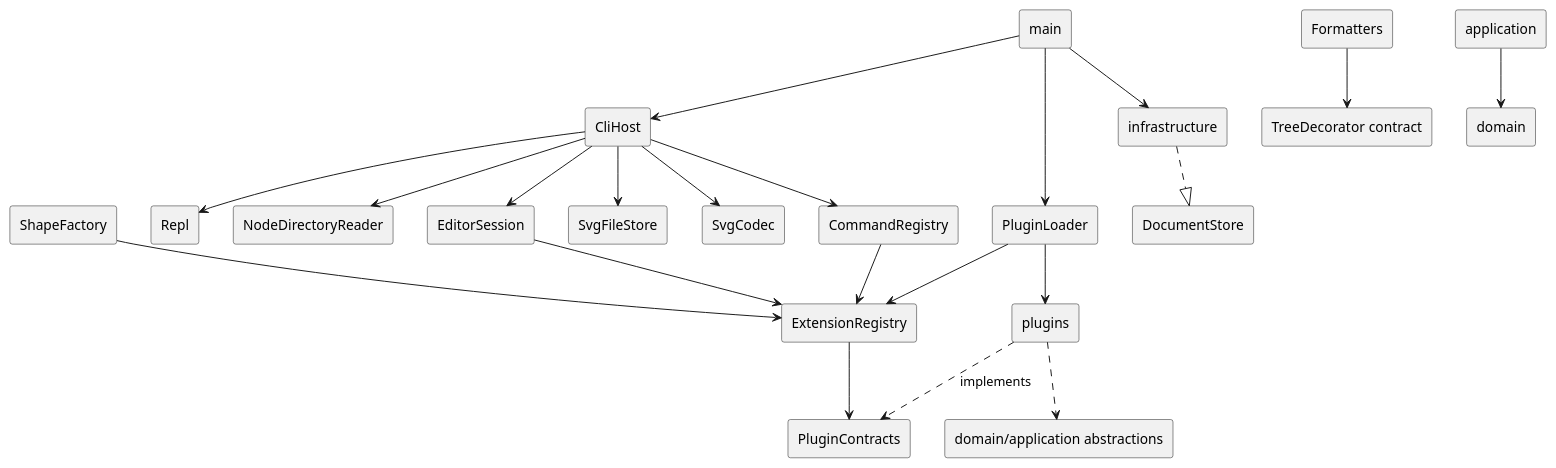
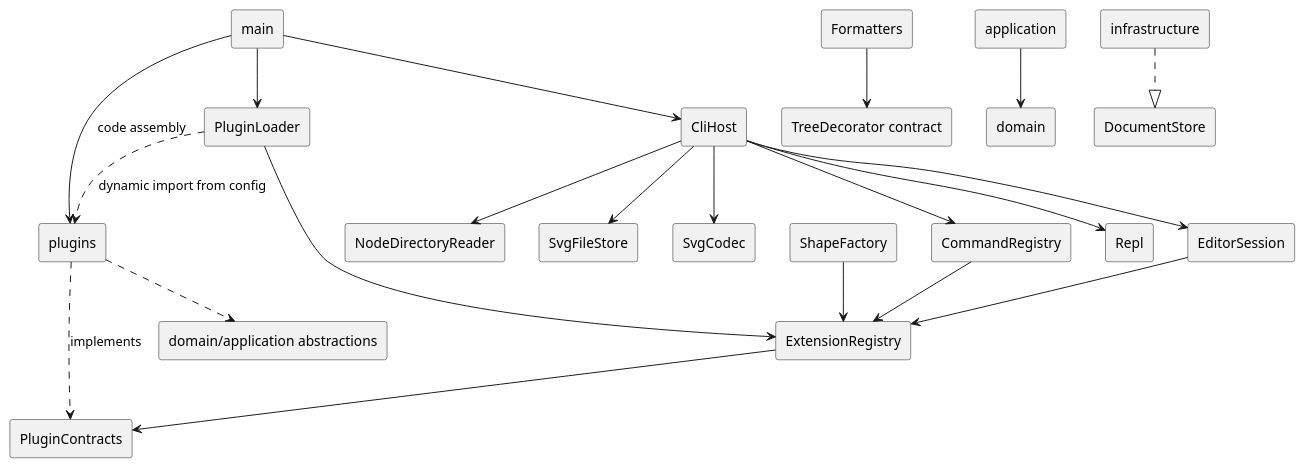
One commit to Chaugnar0127/SVG-Editor changed the second of 3 diagrams in doc/README.md. Above: the diagram before and after it, drawn with PlantUML. The commit also changed other lines of this file and 1 other file, not shown here.

````diff
--- a/doc/README.md
+++ b/doc/README.md
@@ -55,25 +78,25 @@
 ```plantuml
 @startuml
 skinparam componentStyle rectangle
 [main] --> [PluginLoader]
 [main] --> [CliHost]
+[main] --> [plugins] : code assembly
 [PluginLoader] --> [ExtensionRegistry]
-[PluginLoader] --> [plugins]
+[PluginLoader] ..> [plugins] : dynamic import from config
 [CliHost] --> [EditorSession]
 [CliHost] --> [CommandRegistry]
 [CliHost] --> [Repl]
 [CliHost] --> [NodeDirectoryReader]
 [CliHost] --> [SvgFileStore]
 [CliHost] --> [SvgCodec]
 [ExtensionRegistry] --> [PluginContracts]
 [ShapeFactory] --> [ExtensionRegistry]
 [CommandRegistry] --> [ExtensionRegistry]
 [EditorSession] --> [ExtensionRegistry]
 [Formatters] --> [TreeDecorator contract]
 [plugins] ..> [PluginContracts] : implements
 [plugins] ..> [domain/application abstractions]
 [application] --> [domain]
 [infrastructure] ..|> [DocumentStore]
-[main] --> [infrastructure]
 @enduml
 ```
````
